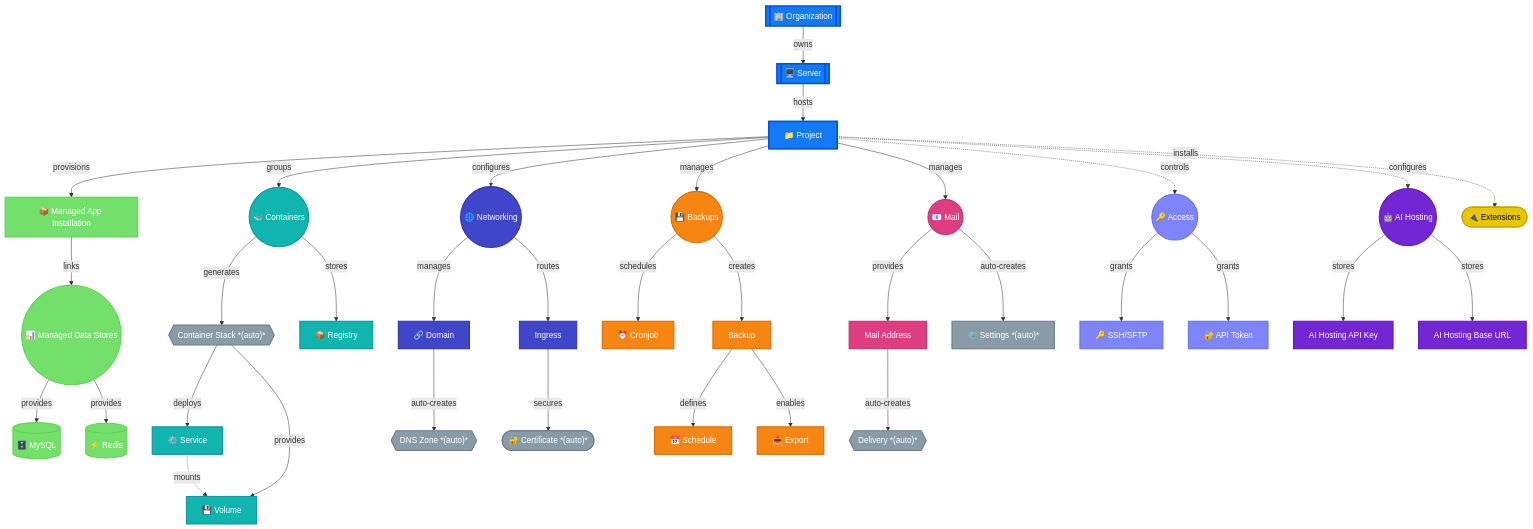
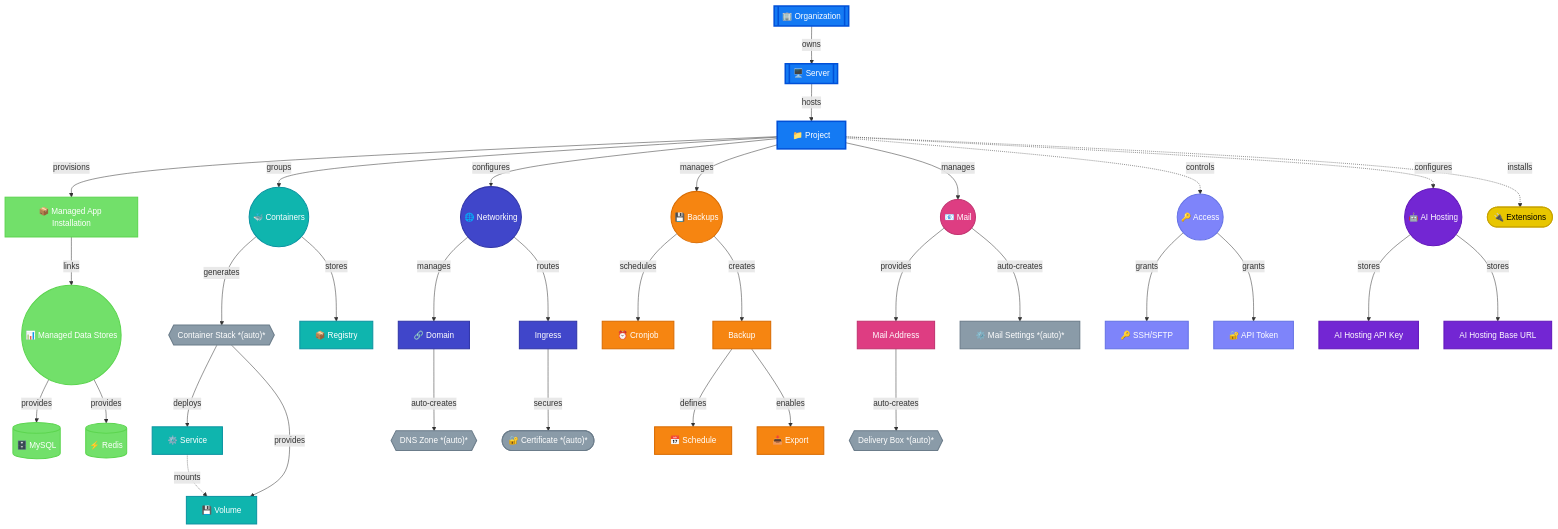
One commit to mittwald/developer-portal changed the second of 2 diagrams in docs/platform/overview.mdx. Above: the diagram before and after it, drawn with Mermaid. The commit also changed 1 other file, not shown here.

Commit message:
Apply suggestions from code review

```diff
--- a/docs/platform/overview.mdx
+++ b/docs/platform/overview.mdx
@@ -98,8 +98,8 @@
     BACKUPEXPORT["📥 Export"]
     
     MAILADDR["Mail Address"]
-    DELIVERYBOX{{"Delivery *(auto)*"}}
-    MAILSETTINGS["⚙️ Settings *(auto)*"]
+    DELIVERYBOX{{"Delivery Box *(auto)*"}}
+    MAILSETTINGS["⚙️ Mail Settings *(auto)*"]
     
     SSHSFTP["🔑 SSH/SFTP"]
     APITOKEN["🔐 API Token"]
```
